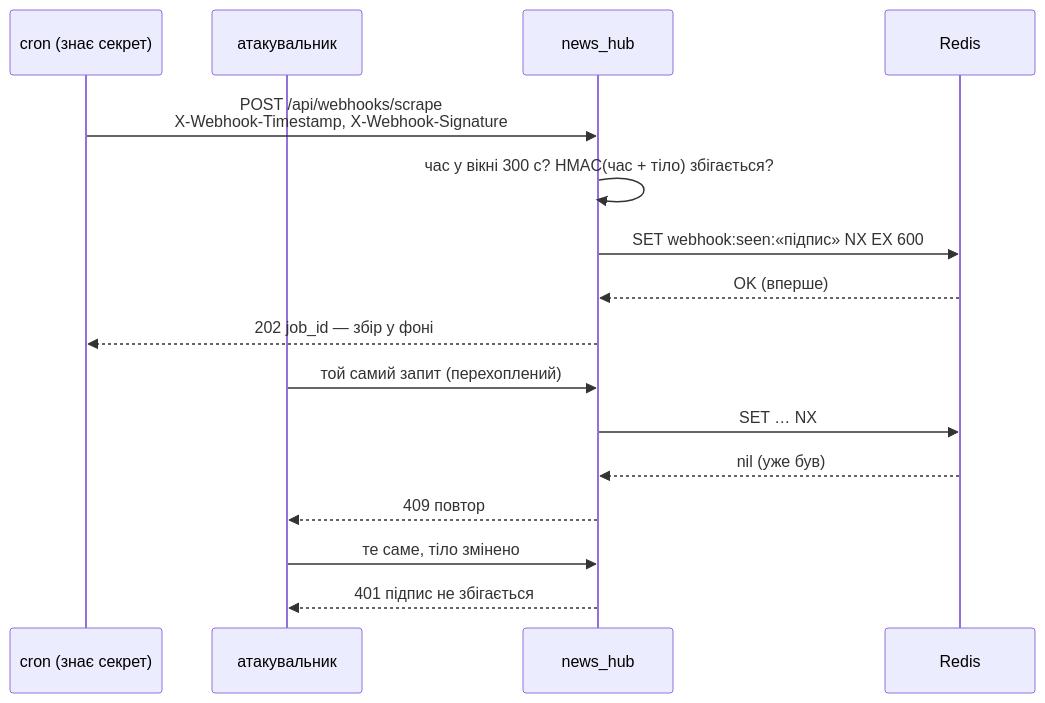
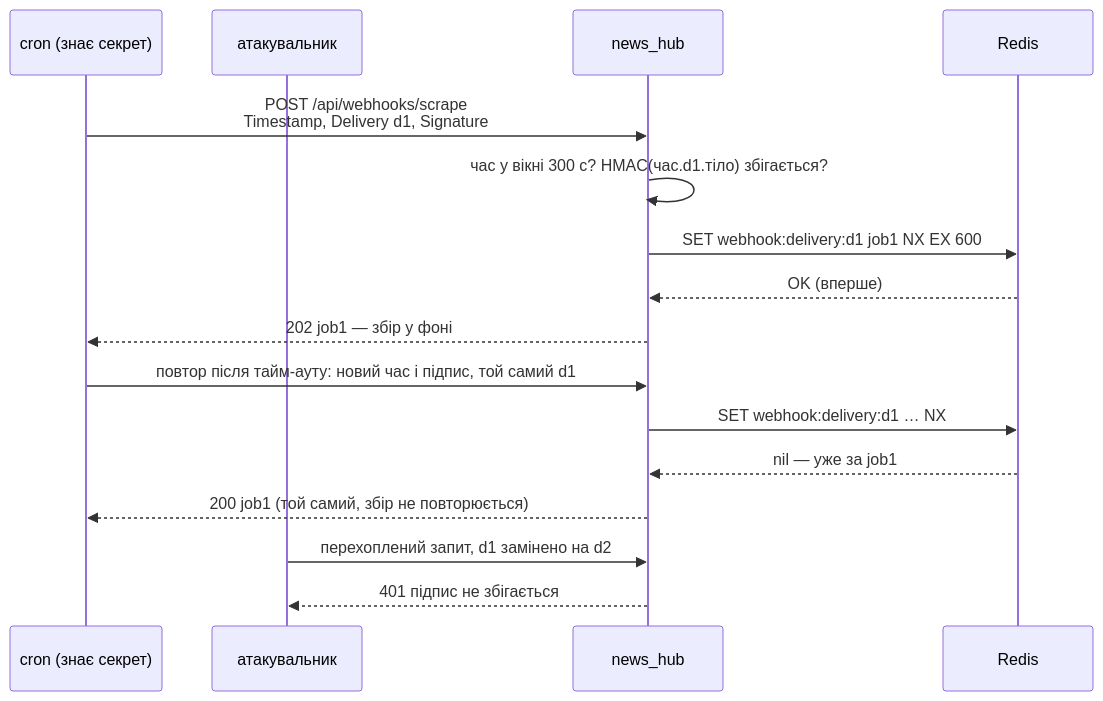
The diagram in docs/tutorials/08_security/webhooks.md (NikoriakViktor/news_hub), drawn with Mermaid before and after one commit. The commit also changed other lines of this file and 268 other files, not shown here.

````diff
--- a/docs/tutorials/08_security/webhooks.md
+++ b/docs/tutorials/08_security/webhooks.md
@@ -136,19 +172,19 @@
 ```mermaid
 sequenceDiagram
     participant C as cron (знає секрет)
     participant A as атакувальник
     participant S as news_hub
     participant R as Redis
 
-    C->>S: POST /api/webhooks/scrape<br>X-Webhook-Timestamp, X-Webhook-Signature
-    S->>S: час у вікні 300 с? HMAC(час + тіло) збігається?
-    S->>R: SET webhook:seen:«підпис» NX EX 600
+    C->>S: POST /api/webhooks/scrape<br>Timestamp, Delivery d1, Signature
+    S->>S: час у вікні 300 с? HMAC(час.d1.тіло) збігається?
+    S->>R: SET webhook:delivery:d1 job1 NX EX 600
     R-->>S: OK (вперше)
-    S-->>C: 202 job_id — збір у фоні
-    A->>S: той самий запит (перехоплений)
-    S->>R: SET … NX
-    R-->>S: nil (уже був)
-    S-->>A: 409 повтор
-    A->>S: те саме, тіло змінено
+    S-->>C: 202 job1 — збір у фоні
+    C->>S: повтор після тайм-ауту: новий час і підпис, той самий d1
+    S->>R: SET webhook:delivery:d1 … NX
+    R-->>S: nil — уже за job1
+    S-->>C: 200 job1 (той самий, збір не повторюється)
+    A->>S: перехоплений запит, d1 замінено на d2
     S-->>A: 401 підпис не збігається
 ```
````
